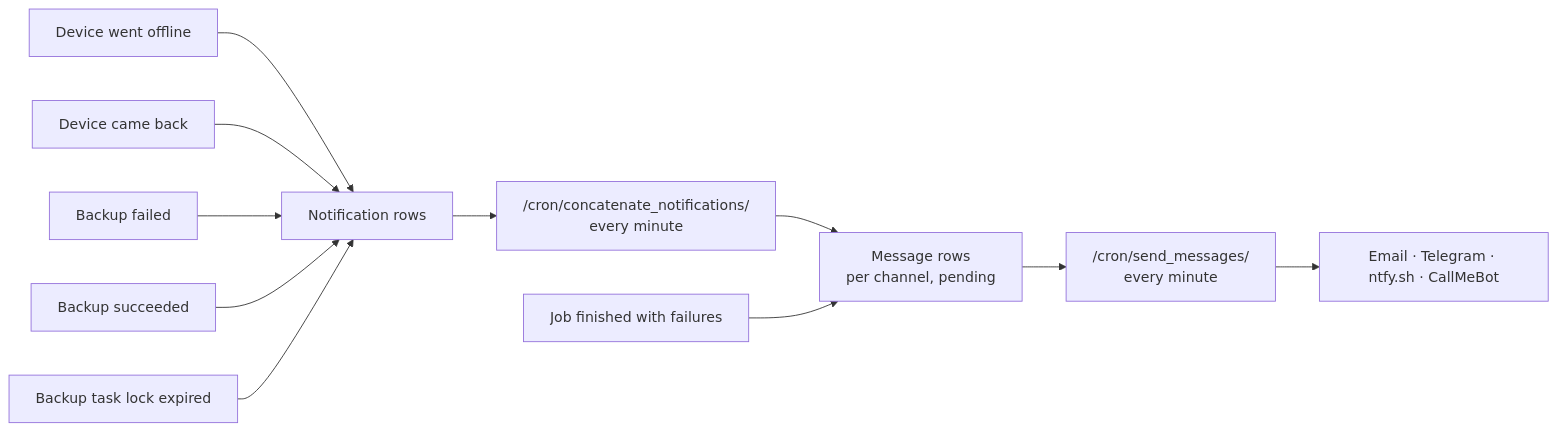
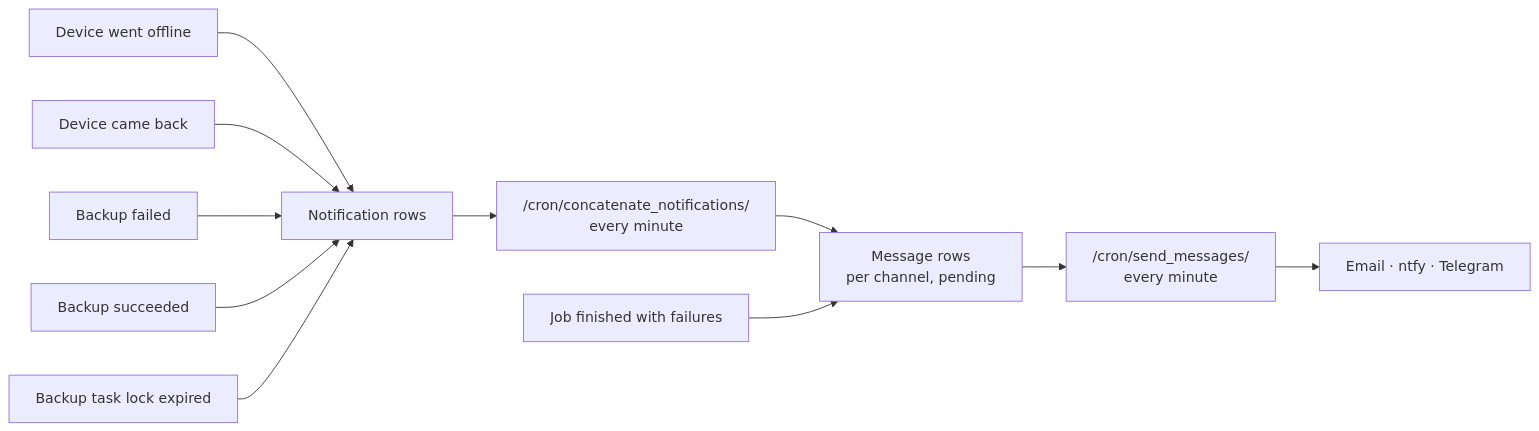
One commit to alessiobravi/routerfleet_improved changed the first of 2 diagrams in docs/notifications.md. Above: the diagram before and after it, drawn with Mermaid. The commit also changed other lines of this file and 31 other files, not shown here.

First line of the commit message:
0.18.0: notifications in System Settings; ntfy own server; CallMeBot removed

````diff
--- a/docs/notifications.md
+++ b/docs/notifications.md
@@ -6,17 +6,17 @@
 ```mermaid
 flowchart LR
     ev1["Device went offline"]
     ev2["Device came back"]
     ev3["Backup failed"]
     ev5["Backup succeeded"]
     ev6["Job finished with failures"]
     ev4["Backup task lock expired"]
     note["Notification rows"]
     conc["/cron/concatenate_notifications/<br/>every minute"]
     msg["Message rows<br/>per channel, pending"]
     send["/cron/send_messages/<br/>every minute"]
-    out["Email · Telegram · ntfy.sh · CallMeBot"]
+    out["Email · ntfy · Telegram"]
 
     ev1 & ev2 & ev3 & ev5 & ev4 --> note --> conc --> msg --> send --> out
     ev6 --> msg
 ```
````
